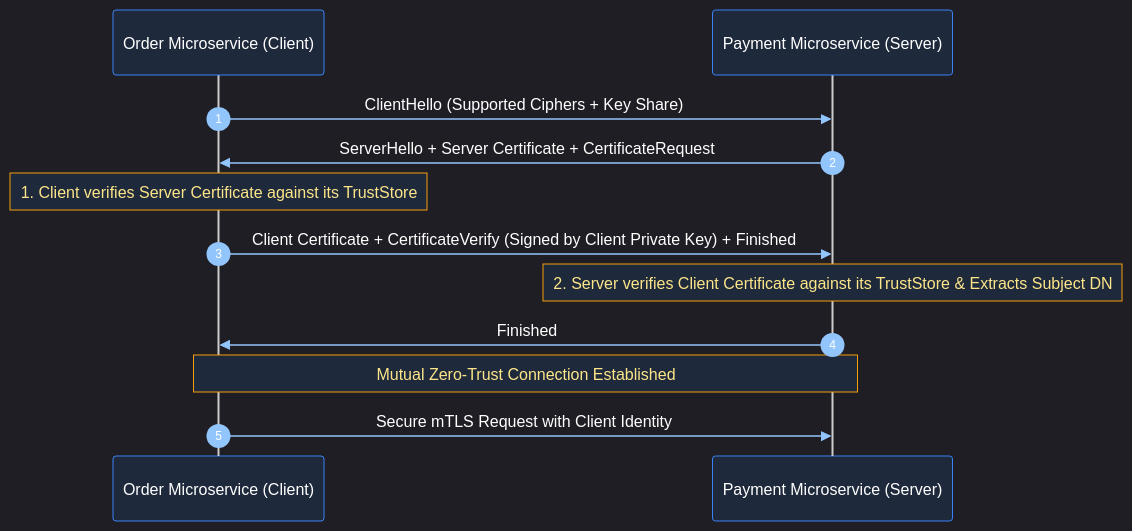
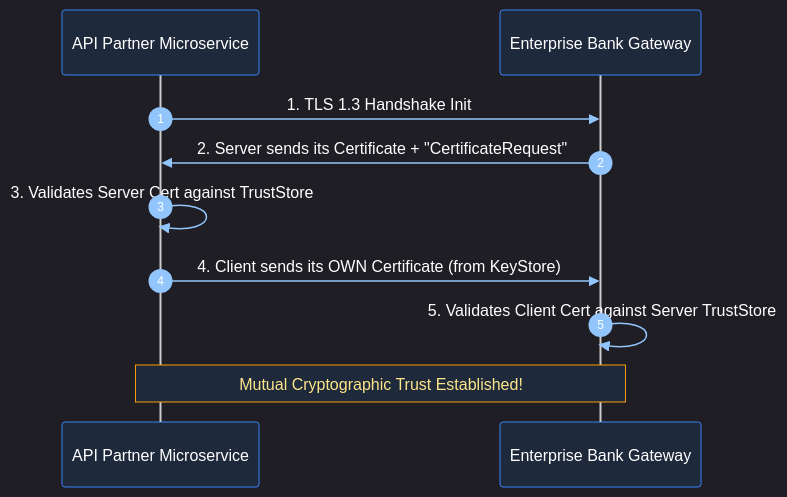
Diagram 13 of 13 in Java Backend Engineering/11_security_identity_certificate_management.md (joydeep-biswas/Interview-Preparation), drawn with Mermaid before and after one commit. The commit also changed other lines of this file and 143 other files, not shown here.

````diff
--- a/Java Backend Engineering/11_security_identity_certificate_management.md
+++ b/Java Backend Engineering/11_security_identity_certificate_management.md
@@ -368,16 +1300,14 @@
 ```mermaid
 %%{init: {'theme': 'dark', 'themeVariables': { 'actorBkg': '#1e293b', 'actorBorder': '#3b82f6', 'actorTextColor': '#ffffff', 'signalColor': '#93c5fd', 'signalTextColor': '#ffffff', 'noteBkgColor': '#1e293b', 'noteBorderColor': '#f59e0b', 'noteTextColor': '#fde68a', 'activationBkgColor': '#3b82f6', 'sequenceNumberColor': '#ffffff' }}}%%
 sequenceDiagram
     autonumber
-    participant Client as Order Microservice (Client)
-    participant Server as Payment Microservice (Server)
+    participant Client as API Partner Microservice
+    participant Server as Enterprise Bank Gateway
 
-    Client->>Server: ClientHello (Supported Ciphers + Key Share)
-    Server->>Client: ServerHello + Server Certificate + CertificateRequest
-    Note over Client: 1. Client verifies Server Certificate against its TrustStore
-    Client->>Server: Client Certificate + CertificateVerify (Signed by Client Private Key) + Finished
-    Note over Server: 2. Server verifies Client Certificate against its TrustStore & Extracts Subject DN
-    Server->>Client: Finished
-    Note over Client,Server: Mutual Zero-Trust Connection Established
-    Client->>Server: Secure mTLS Request with Client Identity
+    Client->>Server: 1. TLS 1.3 Handshake Init
+    Server->>Client: 2. Server sends its Certificate + "CertificateRequest"
+    Client->>Client: 3. Validates Server Cert against TrustStore
+    Client->>Server: 4. Client sends its OWN Certificate (from KeyStore)
+    Server->>Server: 5. Validates Client Cert against Server TrustStore
+    Note over Client,Server: Mutual Cryptographic Trust Established!
 ```
````
